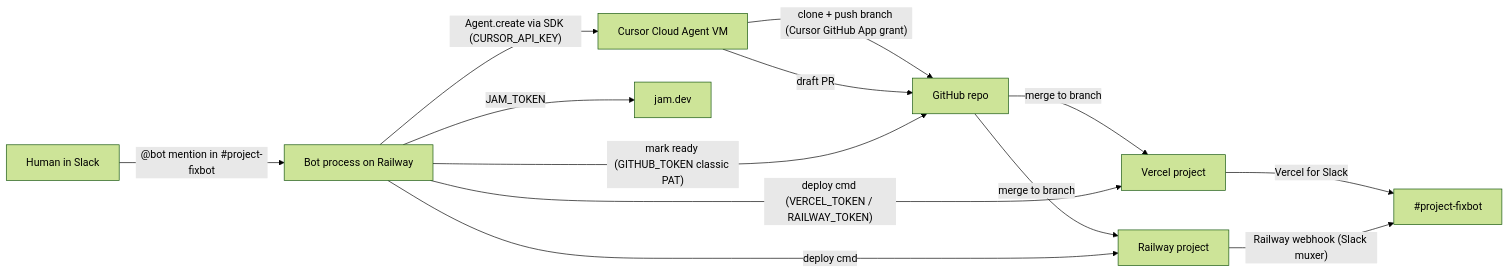
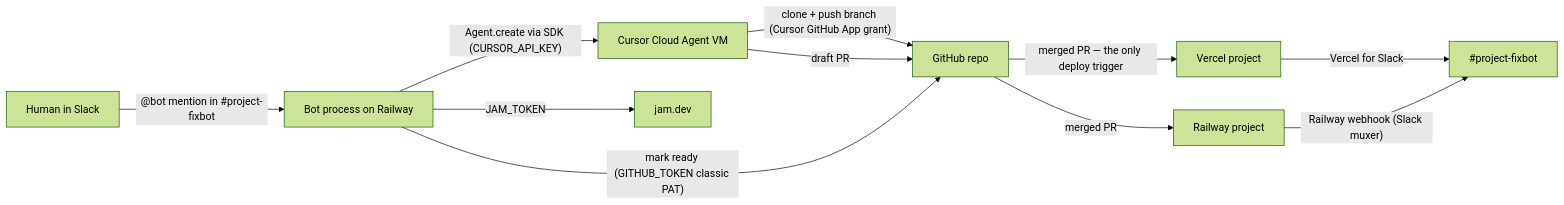
The diagram in IMPLEMENTATION-GUIDE.md (rvegajr/cloud-agents), drawn with Mermaid (forest theme) before and after one commit. The commit also changed other lines of this file and 17 other files, not shown here.

````diff
--- a/IMPLEMENTATION-GUIDE.md
+++ b/IMPLEMENTATION-GUIDE.md
@@ -51,15 +54,13 @@
 ```mermaid
 flowchart LR
   Human[Human in Slack] -->|"@bot mention in #project-fixbot"| Bot[Bot process on Railway]
   Bot -->|"Agent.create via SDK (CURSOR_API_KEY)"| CA[Cursor Cloud Agent VM]
   CA -->|"clone + push branch (Cursor GitHub App grant)"| GH[GitHub repo]
   CA -->|draft PR| GH
   Bot -->|"mark ready (GITHUB_TOKEN classic PAT)"| GH
-  GH -->|merge to branch| Vercel[Vercel project]
-  GH -->|merge to branch| RailwayApp[Railway project]
+  GH -->|"merged PR — the only deploy trigger"| Vercel[Vercel project]
+  GH -->|"merged PR"| RailwayApp[Railway project]
   Vercel -->|"Vercel for Slack"| Slack["#project-fixbot"]
   RailwayApp -->|"Railway webhook (Slack muxer)"| Slack
-  Bot -->|"deploy cmd (VERCEL_TOKEN / RAILWAY_TOKEN)"| Vercel
-  Bot -->|deploy cmd| RailwayApp
   Bot -->|"JAM_TOKEN"| Jam[jam.dev]
 ```
````
